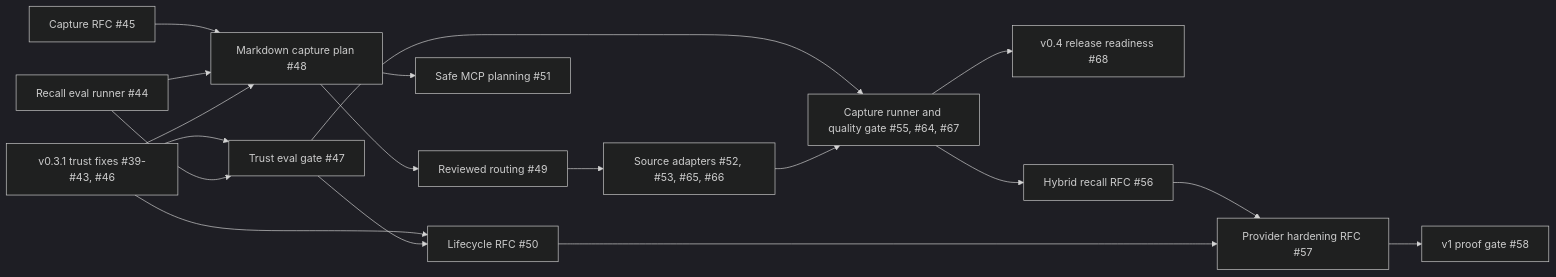
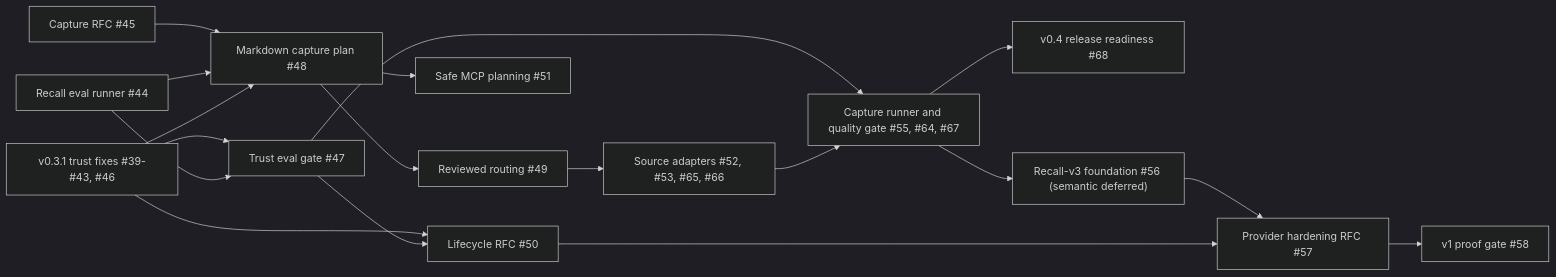
The diagram in docs/roadmap.md (Zokiio/Memzoi), drawn with Mermaid (dark theme) before and after one commit. The commit also changed other lines of this file and 38 other files, not shown here.

````diff
--- a/docs/roadmap.md
+++ b/docs/roadmap.md
@@ -184,20 +189,20 @@
 ```mermaid
 flowchart LR
     trust["v0.3.1 trust fixes #39-#43, #46"] --> trusteval["Trust eval gate #47"]
     eval["Recall eval runner #44"] --> trusteval
     capturedecision["Capture RFC #45"] --> plan["Markdown capture plan #48"]
     eval --> plan
     trust --> plan
     plan --> apply["Reviewed routing #49"]
     apply --> sources["Source adapters #52, #53, #65, #66"]
     plan --> mcp["Safe MCP planning #51"]
     trusteval --> captureeval["Capture runner and quality gate #55, #64, #67"]
     sources --> captureeval
     captureeval --> release["v0.4 release readiness #68"]
-    captureeval --> hybrid["Hybrid recall RFC #56"]
+    captureeval --> hybrid["Recall-v3 foundation #56 (semantic deferred)"]
     trust --> lifecycle["Lifecycle RFC #50"]
     trusteval --> lifecycle
     hybrid --> hardening["Provider hardening RFC #57"]
     lifecycle --> hardening
     hardening --> v1["v1 proof gate #58"]
 ```
````
